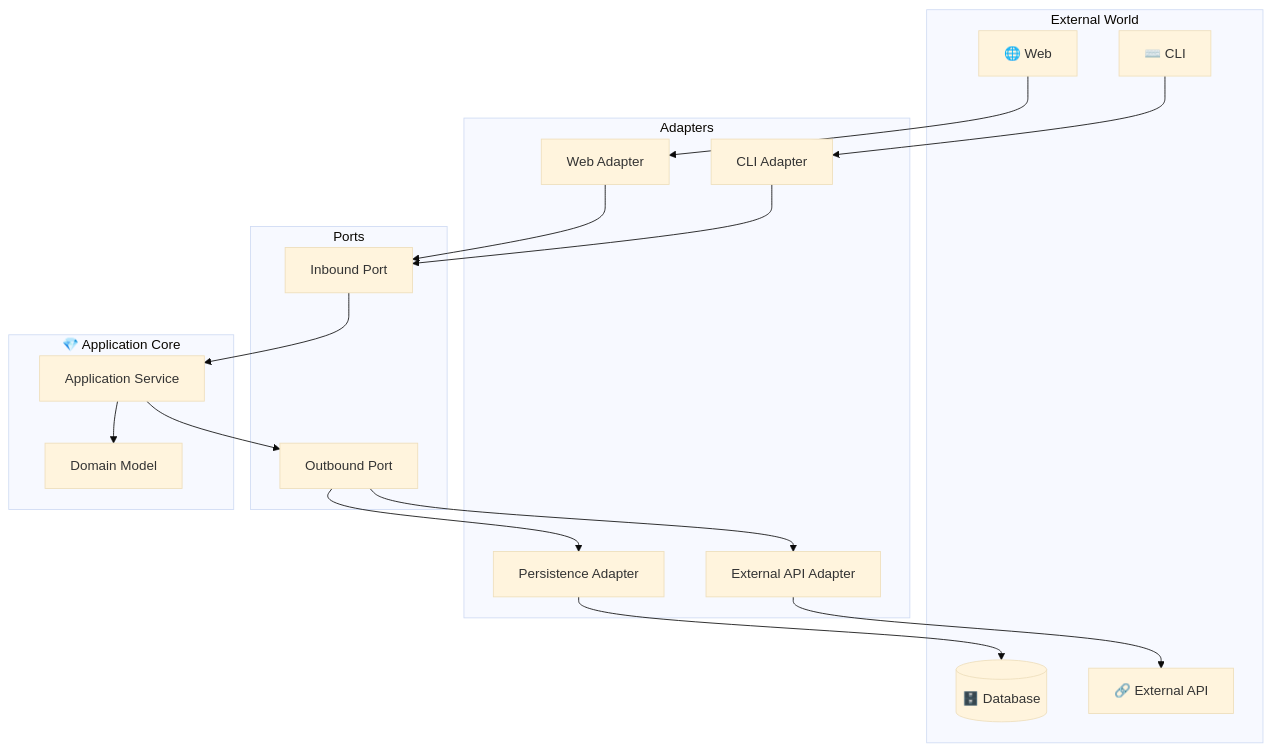
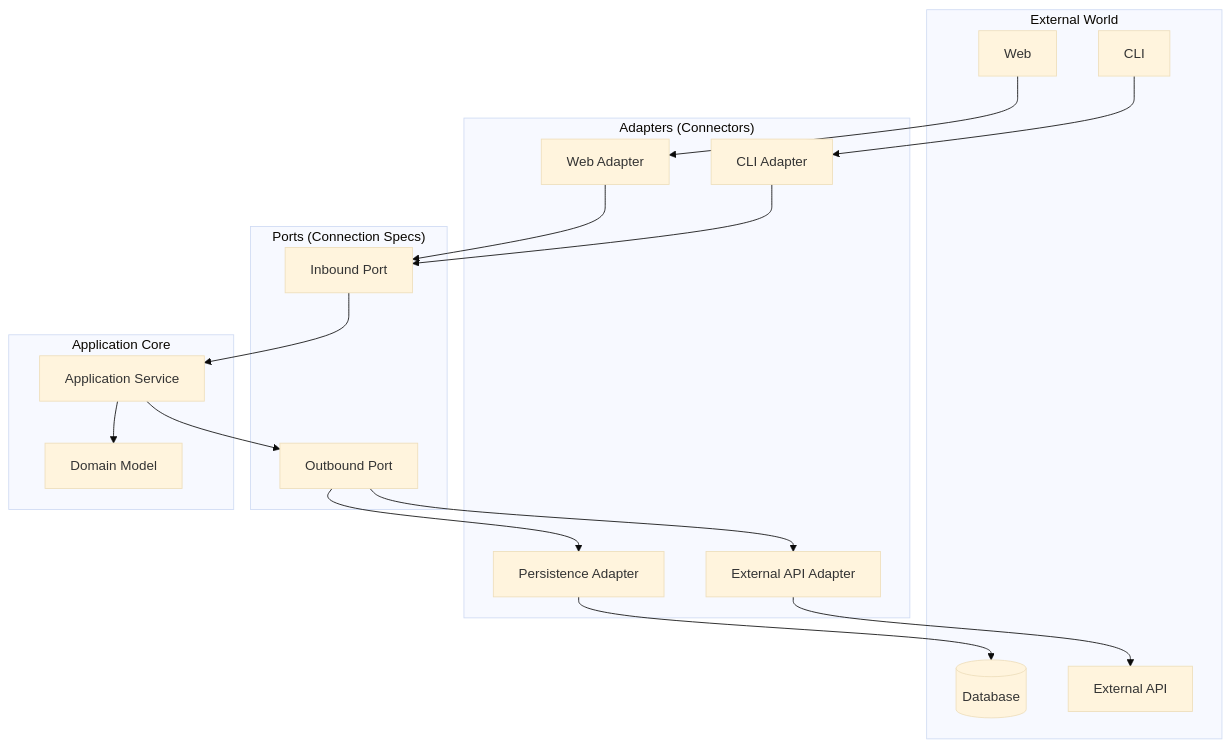
The first of 12 diagrams in content/en/docs/ddd/concepts/hexagonal-architecture.md (advanced-beginner/advanced-beginner.github.io), drawn with Mermaid (base theme) before and after one commit. The commit also changed other lines of this file and 26 other files, not shown here.

````diff
--- a/content/en/docs/ddd/concepts/hexagonal-architecture.md
+++ b/content/en/docs/ddd/concepts/hexagonal-architecture.md
@@ -15,33 +19,33 @@
 ```mermaid
 flowchart TB
     subgraph External["External World"]
-        WEB["🌐 Web"]
-        CLI["⌨️ CLI"]
-        DB[(🗄️ Database)]
-        API["🔗 External API"]
+        WEB["Web"]
+        CLI["CLI"]
+        DB[("Database")]
+        API["External API"]
     end
 
-    subgraph Adapters["Adapters"]
+    subgraph Adapters["Adapters (Connectors)"]
         WA["Web Adapter"]
         CA["CLI Adapter"]
         PA["Persistence Adapter"]
         EA["External API Adapter"]
     end
 
-    subgraph Ports["Ports"]
+    subgraph Ports["Ports (Connection Specs)"]
         IP["Inbound Port"]
         OP["Outbound Port"]
     end
 
-    subgraph Core["💎 Application Core"]
+    subgraph Core["Application Core"]
         APP["Application Service"]
         DOM["Domain Model"]
     end
 
     WEB --> WA --> IP
     CLI --> CA --> IP
     IP --> APP --> DOM
     APP --> OP
     OP --> PA --> DB
     OP --> EA --> API
 ```
````
